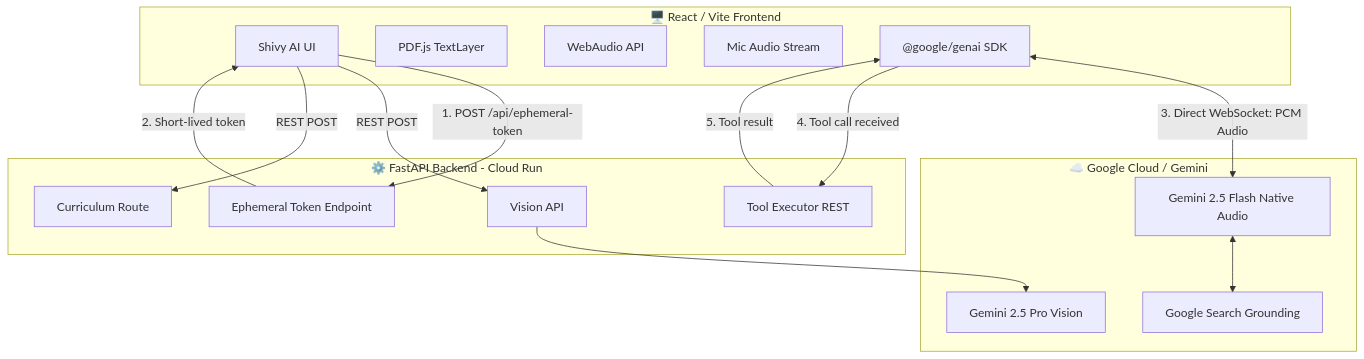
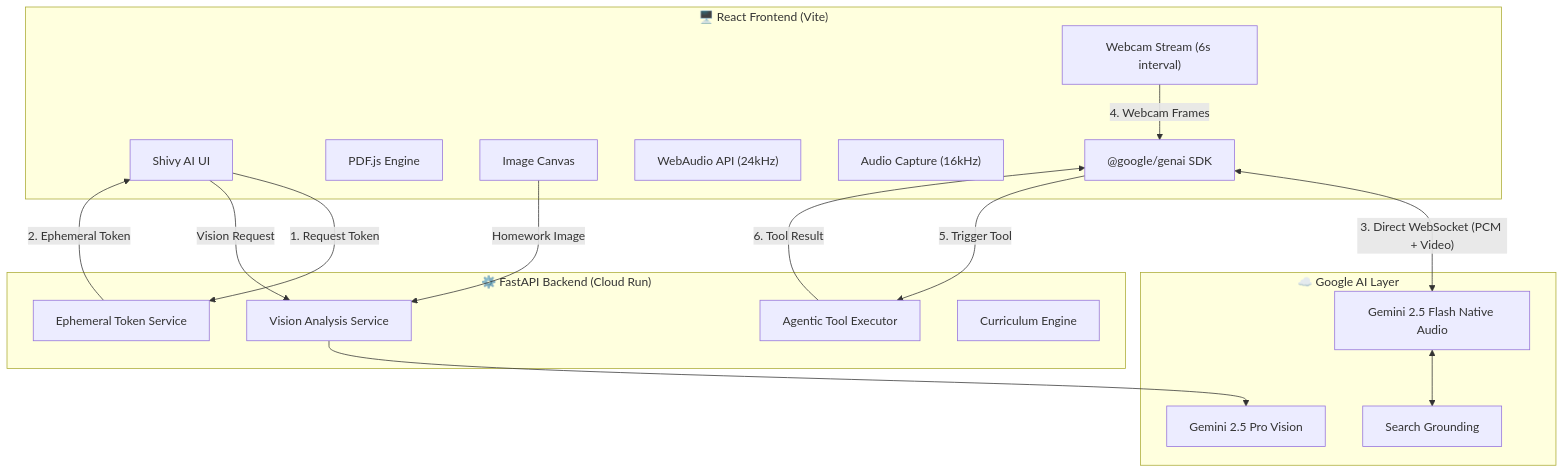
The first of 2 diagrams in README.md (inareshmatta/klassroom-ai), drawn with Mermaid before and after one commit. The commit also changed other lines of this file and 60 other files, not shown here.

````diff
--- a/README.md
+++ b/README.md
@@ -106,33 +143,39 @@
 ```mermaid
 graph TD
-    subgraph Client["🖥️ React / Vite Frontend"]
+    subgraph Client["🖥️ React Frontend (Vite)"]
         UI["Shivy AI UI"]
-        PDF["PDF.js TextLayer"]
-        WA["WebAudio API"]
-        MIC["Mic Audio Stream"]
+        PDF["PDF.js Engine"]
+        IMG["Image Canvas"]
+        WA["WebAudio API (24kHz)"]
+        MIC["Audio Capture (16kHz)"]
+        CAM["Webcam Stream (6s interval)"]
         SDK["@google/genai SDK"]
     end
 
-    subgraph Server["⚙️ FastAPI Backend - Cloud Run"]
-        TOKEN["Ephemeral Token Endpoint"]
-        TOOLS["Tool Executor REST"]
-        VIS["Vision API"]
-        PLAN["Curriculum Route"]
+    subgraph Server["⚙️ FastAPI Backend (Cloud Run)"]
+        TOKEN["Ephemeral Token Service"]
+        TOOLS["Agentic Tool Executor"]
+        VIS["Vision Analysis Service"]
+        PLAN["Curriculum Engine"]
     end
 
-    subgraph Google["☁️ Google Cloud / Gemini"]
+    subgraph Google["☁️ Google AI Layer"]
         LIVE["Gemini 2.5 Flash Native Audio"]
         GVIS["Gemini 2.5 Pro Vision"]
-        SEARCH["Google Search Grounding"]
+        SEARCH["Search Grounding"]
     end
 
-    UI -->|"1. POST /api/ephemeral-token"| TOKEN
-    TOKEN -->|"2. Short-lived token"| UI
-    SDK <-->|"3. Direct WebSocket: PCM Audio"| LIVE
-    SDK -->|"4. Tool call received"| TOOLS
-    TOOLS -->|"5. Tool result"| SDK
-    UI -->|"REST POST"| VIS
-    UI -->|"REST POST"| PLAN
+    %% Authentication & Connection
+    UI -->|"1. Request Token"| TOKEN
+    TOKEN -->|"2. Ephemeral Token"| UI
+    SDK <-->|"3. Direct WebSocket (PCM + Video)"| LIVE
+    CAM -->|"4. Webcam Frames"| SDK
+
+    %% Multimodal Feedback Loop
+    SDK -->|"5. Trigger Tool"| TOOLS
+    TOOLS -->|"6. Tool Result"| SDK
+    UI -->|"Vision Request"| VIS
+    IMG -->|"Homework Image"| VIS
     VIS --> GVIS
     LIVE <--> SEARCH
 ```
````
